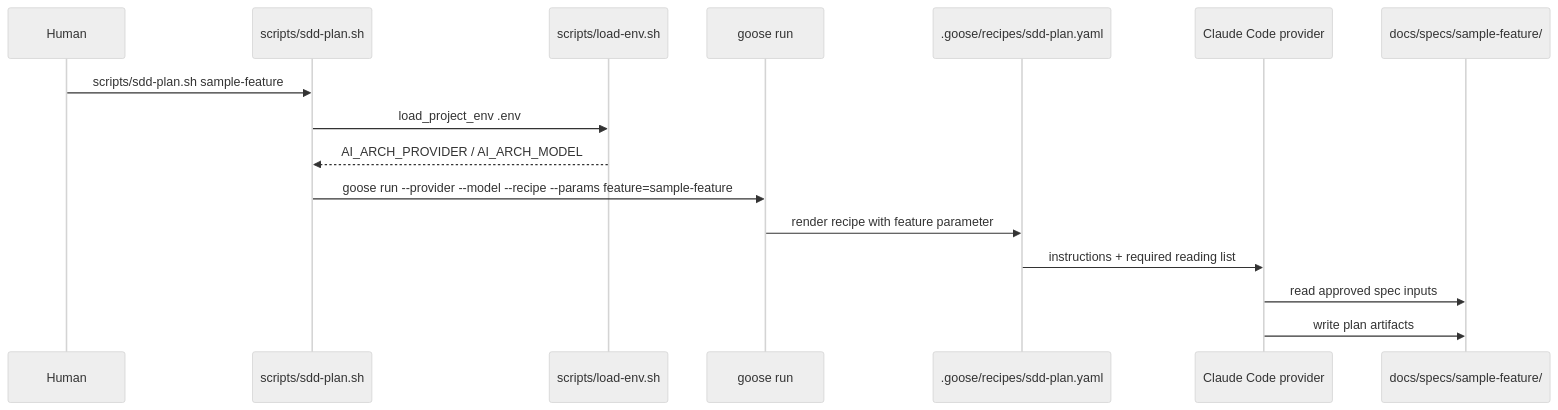
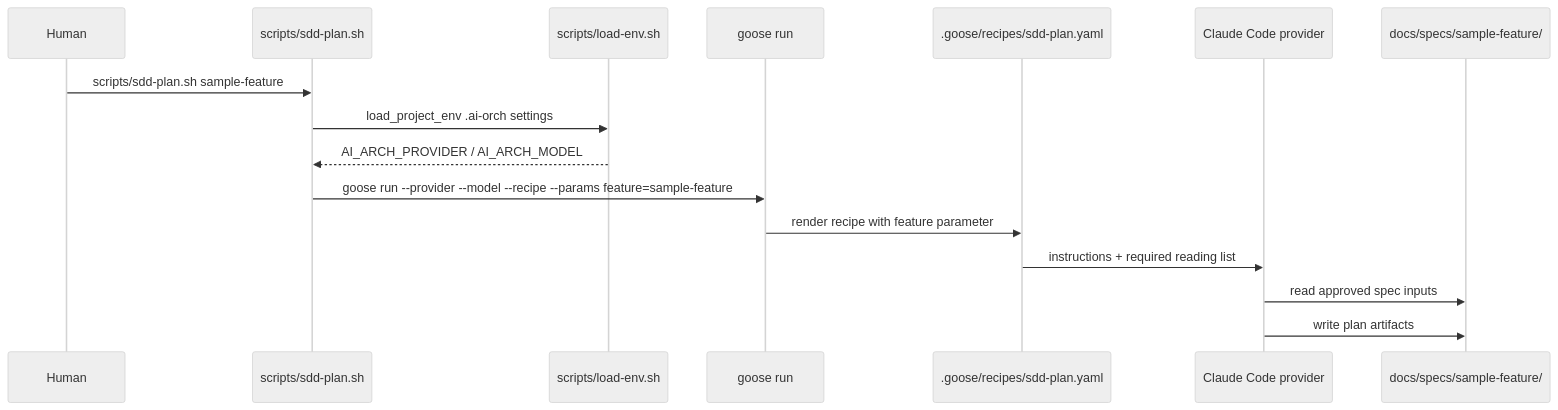
Before and after one commit to shaul1991/ai-orch: the second of 9 diagrams in docs/ai-orch-flow.md, drawn with Mermaid (neutral theme). The commit also changed other lines of this file and 32 other files, not shown here.

Commit message:
feat: protect critical files and move settings to ai-orch

````diff
--- a/docs/ai-orch-flow.md
+++ b/docs/ai-orch-flow.md
@@ -39,19 +39,19 @@
 ```mermaid
 sequenceDiagram
     participant Human
     participant Script as scripts/sdd-plan.sh
     participant Env as scripts/load-env.sh
     participant Goose as goose run
     participant Recipe as .goose/recipes/sdd-plan.yaml
     participant Agent as Claude Code provider
     participant Docs as docs/specs/sample-feature/
 
     Human->>Script: scripts/sdd-plan.sh sample-feature
-    Script->>Env: load_project_env .env
+    Script->>Env: load_project_env .ai-orch settings
     Env-->>Script: AI_ARCH_PROVIDER / AI_ARCH_MODEL
     Script->>Goose: goose run --provider --model --recipe --params feature=sample-feature
     Goose->>Recipe: render recipe with feature parameter
     Recipe->>Agent: instructions + required reading list
     Agent->>Docs: read approved spec inputs
     Agent->>Docs: write plan artifacts
 ```
````
